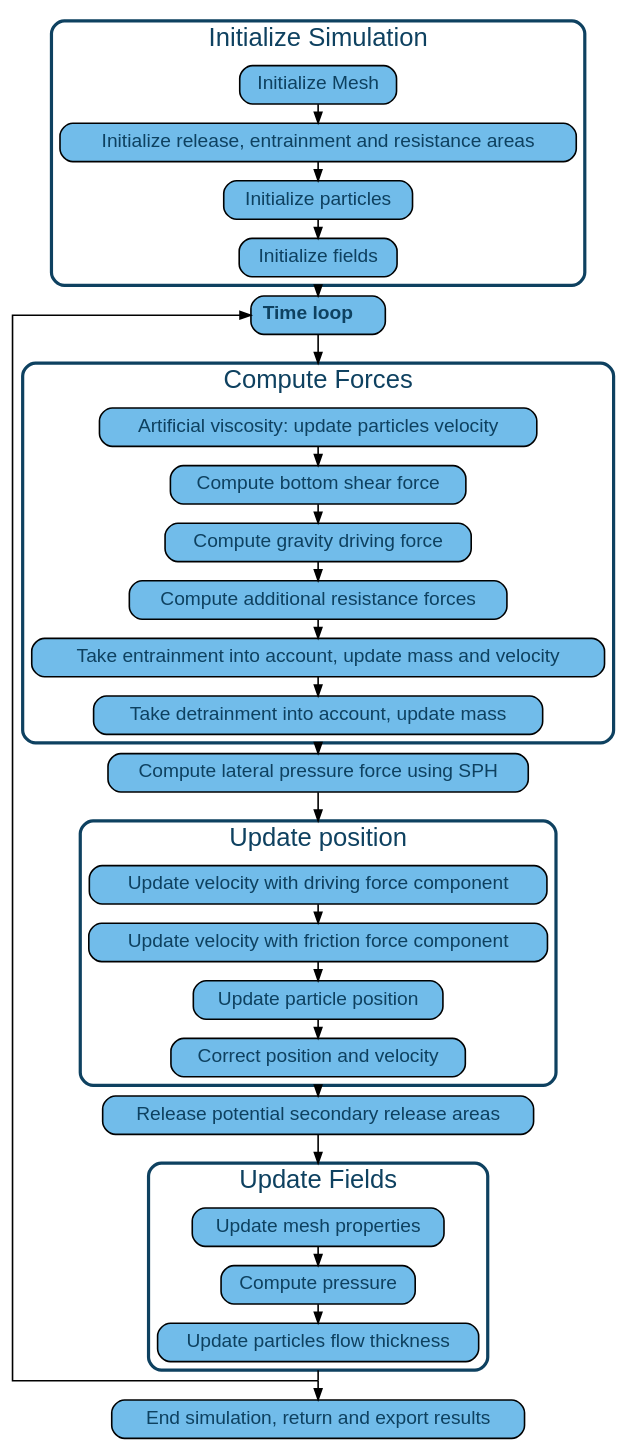
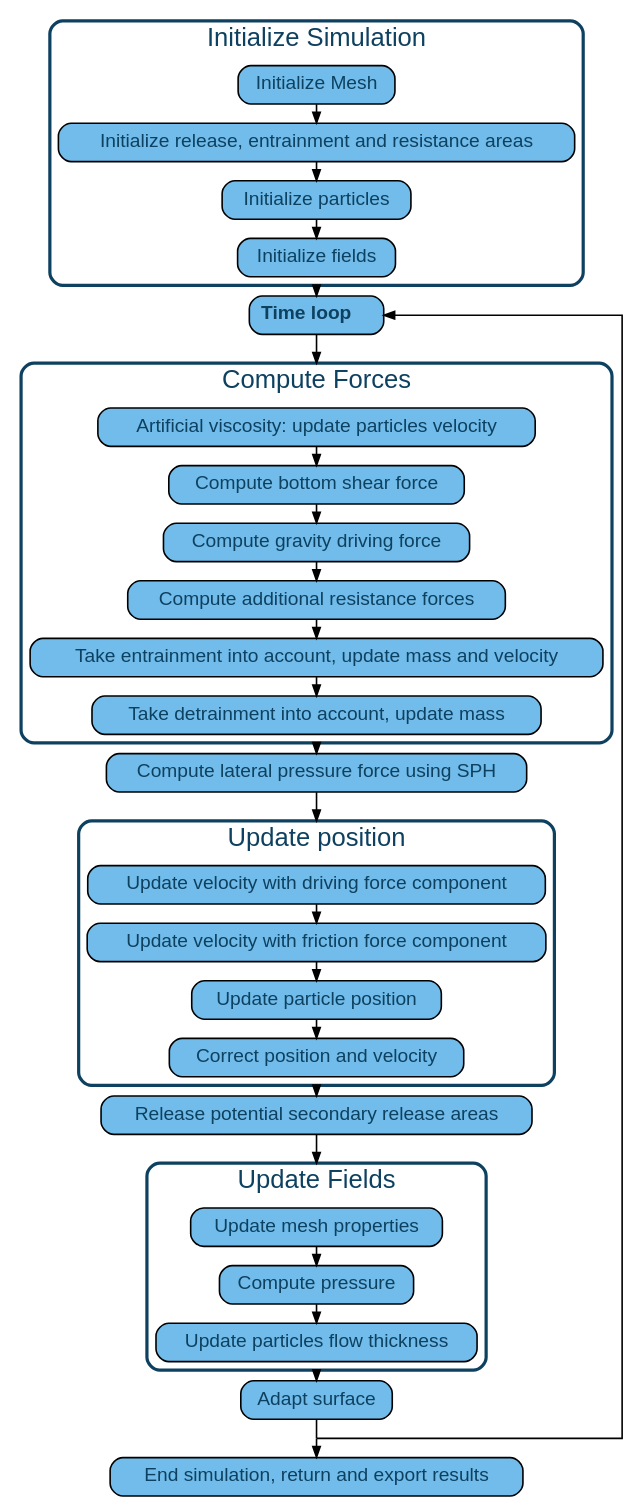
Before and after one commit to avaframe/AvaFrame: the diagram in docs/com1DFAAlgorithmGraph.dot, drawn with Graphviz. The commit also changed 2 other files, not shown here.

Commit message:
add adapt surface

```diff
--- a/docs/com1DFAAlgorithmGraph.dot
+++ b/docs/com1DFAAlgorithmGraph.dot
@@ -1,150 +1,154 @@
 
 digraph "com1DFA algorithm graph" {
   /* compound=true; */
   newrank=true;
   size="100,100";
   rankdir="TB";
   graph [compound=true, ranksep=0.25, splines=ortho, fontname="helvetica", fontsize="24" fontcolor="#0E4160"];
   /* subgraph [compound=true, ranksep=0.5, splines=ortho, fontname="helvetica", fontsize="32" fontcolor="#0E4160"]; */
   node [shape=box style="rounded,filled" fontsize=18 fontcolor="#0E4160" fontname="helvetica" fillcolor="#51ADE5cf" penwidth=1.5];
   edge [fontname="helvetica", fontsize="14" penwidth=1.5];
 
   prepareMesh [label="Initialize Mesh", href="../com1DFAAlgorithm.html#initialize-mesh" tooltip="Go to: initialize mesh" target="_top"];
 
   prepareAreas [label= "Initialize release, entrainment and resistance areas",
   href="../com1DFAAlgorithm.html#initialize-release-entrainment-and-resistance-areas" tooltip="Go to: release... initialization" target="_top"];
 
   initializeParticles [label="Initialize particles", href="../com1DFAAlgorithm.html#initialize-particles" tooltip="Go to: particle initialization" target="_top"];
 
   initializeFields [label="Initialize fields", href="../com1DFAAlgorithm.html#initialize-fields" tooltip="Go to: Initialize fields" target="_top"];
 
   timeLoop [label=<
     <table border="0" cellborder="0" cellspacing="1">
      <tr><td align="left"><b>Time loop </b></td></tr>
     </table>>, href="../com1DFAAlgorithm.html#time-scheme-and-iterations" tooltip="Go to: Time scheme" target="_top"];
 
   endTimeLoop [width=0 shape=point label=""];
   intermediate0 [width=0 shape=point label=""];
   intermediate1 [width=0 shape=point label=""];
   intermediate2 [width=0 shape=point label=""];
 
 
   artifViscosity [label="Artificial viscosity: update particles velocity",
   href="../com1DFAAlgorithm.html#artificial-viscosity" tooltip="Go to: Artificial viscosity" target="_top"];
 
   computeFrictForce [label="Compute bottom shear force",
   href="../com1DFAAlgorithm.html#bottom-shear-force" tooltip="Go to: Bottom shear force" target="_top"];
 
   computeGravityForce [label="Compute gravity driving force",
   href="../com1DFAAlgorithm.html#compute-driving-force" tooltip="Go to: Gravity force" target="_top"];
 
   computeResForce [label="Compute additional resistance forces",
   href="../com1DFAAlgorithm.html#added-resistance-force" tooltip="Go to: Additional resistance" target="_top"];
 
   updateMassEntr [label="Take entrainment into account, update mass and velocity",
   href="../com1DFAAlgorithm.html#take-entrainment-into-account" tooltip="Go to: Add entrained mass" target="_top"];
 
   updateMassDetr [label="Take detrainment into account, update mass",
   href="../com1DFAAlgorithm.html#take-detrainment-into-account" tooltip="Go to: Add detrained mass" target="_top"];
 
   computeSPHForce [label="Compute lateral pressure force using SPH",
   href="../com1DFAAlgorithm.html#compute-lateral-pressure-forces" title="Go to: Add lateral pressure force" target="_top"];
 
   updateVelocityDrive [label="Update velocity with driving force component",
   href="../com1DFAAlgorithm.html#update-position" tooltip="Go to: Update Position" target="_top"];
 
   updateVelocityFrict [label="Update velocity with friction force component",
   href="../com1DFAAlgorithm.html#update-position" tooltip="Go to: Update Position" target="_top"];
 
   updatePartPos [label="Update particle position",
   href="../com1DFAAlgorithm.html#update-position" tooltip="Go to: Update Position" target="_top"];
 
   correctPartPos [label="Correct position and velocity",
   href="../com1DFAAlgorithm.html#correction-step" tooltip="Go to: Update Position" target="_top"];
 
   addSecRelease [label="Release potential secondary release areas",
   href="../com1DFAAlgorithm.html#add-secondary-release-area" tooltip="Go to: Secondary release" target="_top"];
 
   updateFields [label="Update mesh properties",
   href="../com1DFAAlgorithm.html#update-fields" tooltip="Go to: Update fields" target="_top"];
 
   computePressure [label="Compute pressure",
   href="../com1DFAAlgorithm.html#update-fields" tooltip="Go to: Compute Pressure" target="_top"];
 
   updateParticlesFlowThickness [label="Update particles flow thickness",
   href="../com1DFAAlgorithm.html#update-fields" tooltip="Go to: Update fields" target="_top"];
+  
+  adaptSurface [label="Adapt surface", 
+  href="../com1DFAAlgorithm.html#adapt-surface" tooltip="Go to: Adapt surface" target="_top"];
 
   endSimulation [label="End simulation, return and export results",
   href="../com1DFAAlgorithm.html#simulation-outputs" tooltip="Go to: Simulation outputs" target="_top"];
 
 
   initializeFields -> timeLoop [weight=10,ltail=cluster_initialization];
   timeLoop -> intermediate0 [weight=10, arrowhead=none];
   intermediate0 -> artifViscosity [weight=10,lhead=cluster_Forces];
   updateMassDetr -> computeSPHForce [weight=10, ltail=cluster_Forces];
   computeSPHForce -> intermediate1 [weight=10, arrowhead=none];
   intermediate1 -> updateVelocityDrive [weight=10,lhead=cluster_2];
   correctPartPos -> addSecRelease [weight=10,ltail=cluster_2];
   addSecRelease -> intermediate2 [weight=10, arrowhead=none];
   intermediate2 -> updateFields [weight=10,lhead=cluster_3];
-  updateParticlesFlowThickness -> endTimeLoop [weight=10,ltail=cluster_3, arrowhead=none];
+  updateParticlesFlowThickness -> adaptSurface [weight=10,ltail=cluster_3];
+  adaptSurface -> endTimeLoop [weight=10, arrowhead=none];
   endTimeLoop -> endSimulation [weight=10];
   endTimeLoop -> timeLoop [weight=1, constraint=false];
 
 
   /* prepareMesh -> timeLoop [weight=10,ltail=cluster_initialization];
   timeLoop -> artifViscosity [weight=10,lhead=cluster_Forces];
   artifViscosity -> computeSPHForce [weight=10, ltail=cluster_Forces];
   computeSPHForce -> updateVelocityDrive [weight=10,lhead=cluster_2];
   updateVelocityDrive -> addSecRelease [weight=10,ltail=cluster_2];
   addSecRelease -> updateFields [weight=10,lhead=cluster_3];
   updateFields -> endTimeLoop [weight=10,ltail=cluster_3, arrowhead=none];
   endTimeLoop -> endSimulation [weight=10];
   endTimeLoop -> timeLoop [weight=1, constraint=false]; */
 
   subgraph cluster_initialization {
     /* rank=same; */
     style="rounded";
     color="#0E4160";
     penwidth=3;
     prepareMesh -> prepareAreas[weight=10];
     prepareAreas -> initializeParticles[weight=10];
     initializeParticles -> initializeFields[weight=10];
     label = "Initialize Simulation";
   }
 
   subgraph cluster_Forces {
     /* rank=same; */
     style="rounded";
     color="#0E4160";
     penwidth=3;
     artifViscosity -> computeFrictForce[weight=10];
     computeFrictForce -> computeGravityForce[weight=10];
     computeGravityForce -> computeResForce[weight=10];
     computeResForce -> updateMassEntr[weight=10];
     updateMassEntr -> updateMassDetr[weight=10];
     label = "Compute Forces";
   }
 
   subgraph cluster_2 {
     /* rank=same; */
     updateVelocityDrive -> updateVelocityFrict [weight=10];
     updateVelocityFrict -> updatePartPos [weight=10];
     updatePartPos -> correctPartPos [weight=10];
     href="../com1DFAAlgorithm.html#update-position" tooltip="Go to: Update Position" target="_top"
     label = "Update position";
     style="rounded";
     color="#0E4160";
     penwidth=3;
   }
   subgraph cluster_3 {
     /* rank=same; */
     updateFields -> computePressure [weight=10];
     computePressure -> updateParticlesFlowThickness [weight=10];
     label = "Update Fields";
     style="rounded";
     color="#0E4160";
     penwidth=3;
   }
 
    }
```
